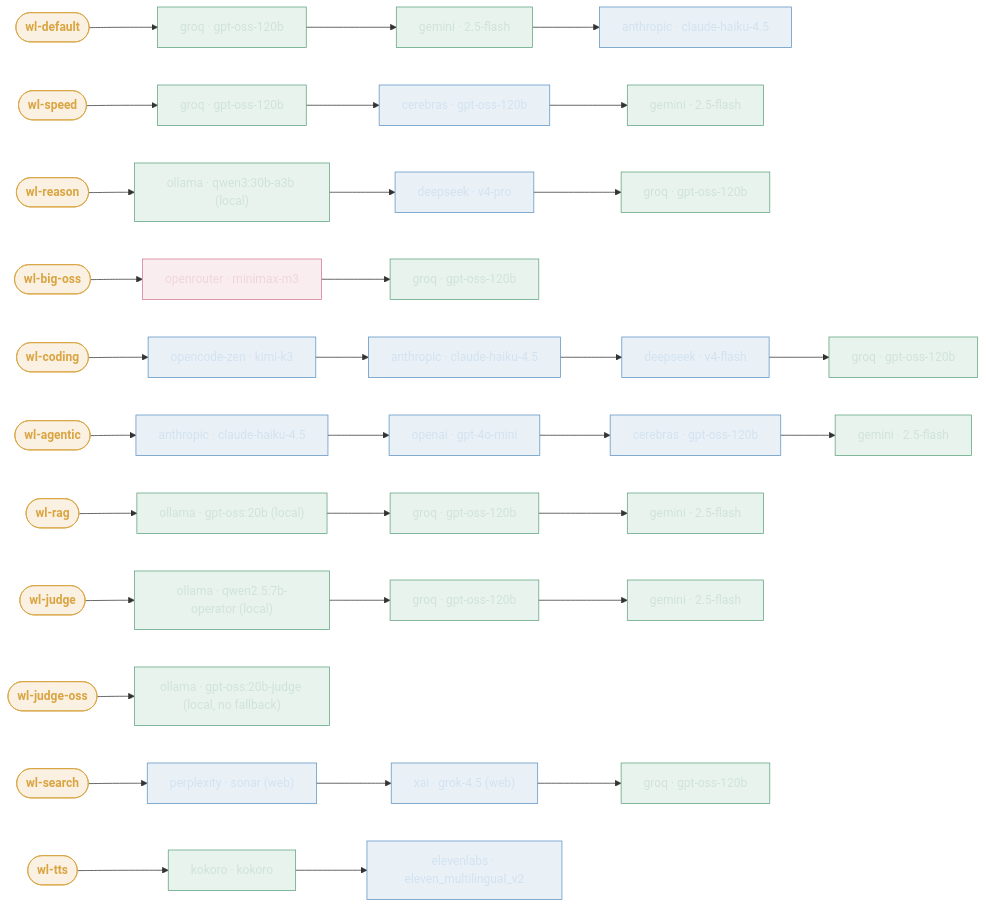
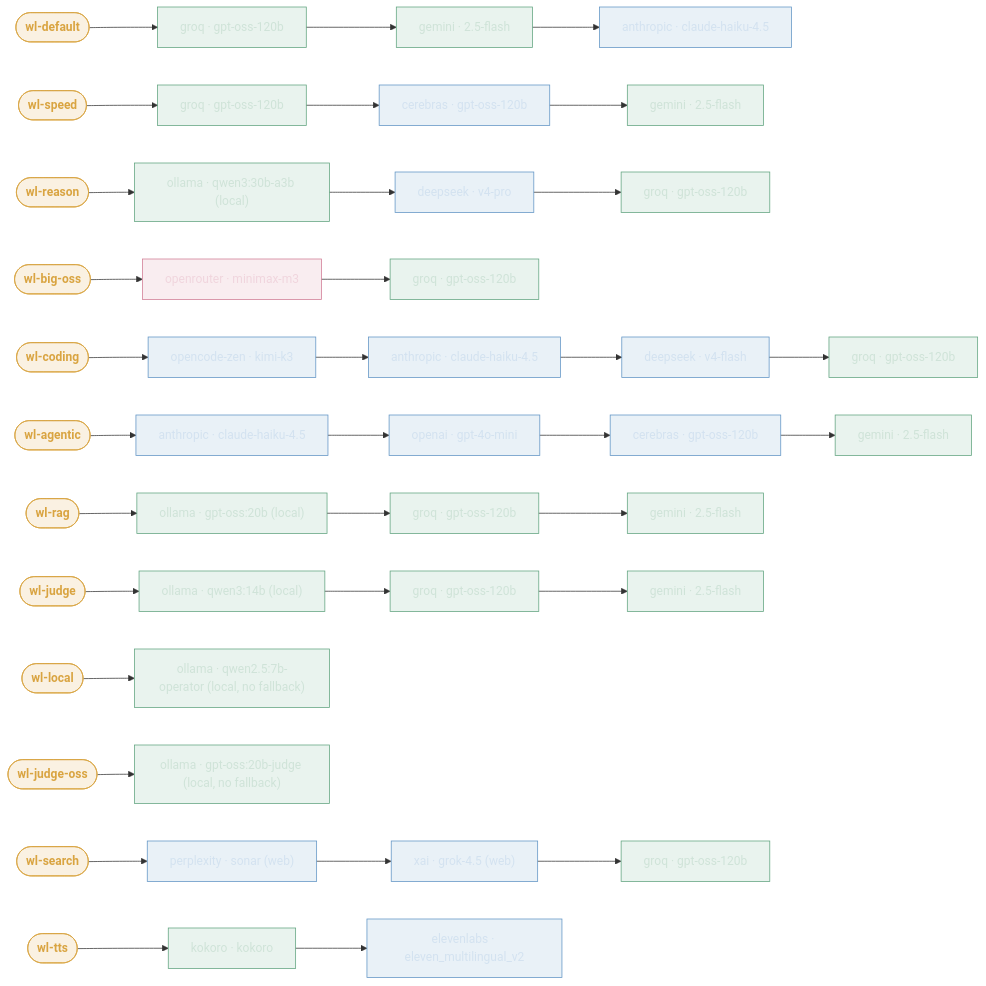
The diagram in docs/llm-routing.md (edtbl76/weyland-lab), drawn with Mermaid before and after one commit. The commit also changed 56 other files, not shown here.

Commit message:
Update Realm free-only model to `wl-local`. Pin library dependencies across services (`certifi` -> 2026.10.19, `pillow` -> 13.0.0). Add Kubescape exception handling and tests for C-0236 alert-only control.

````diff
--- a/docs/llm-routing.md
+++ b/docs/llm-routing.md
@@ -25,26 +25,27 @@
 ```mermaid
 flowchart LR
   classDef alias fill:#d9a44126,stroke:#d9a441,color:#d9a441,font-weight:bold;
   classDef free fill:#5fa37e22,stroke:#5fa37e,color:#cfe3d8;
   classDef funded fill:#5f93c422,stroke:#5f93c4,color:#d3e2f0;
   classDef metered fill:#cf7a9222,stroke:#cf7a92,color:#f0d5dd;
 
   %% Chat & reasoning
   wldef(["wl-default"]):::alias --> wldef1["groq · gpt-oss-120b"]:::free --> wldef2["gemini · 2.5-flash"]:::free --> wldef3["anthropic · claude-haiku-4.5"]:::funded
   wspd(["wl-speed"]):::alias --> wspd1["groq · gpt-oss-120b"]:::free --> wspd2["cerebras · gpt-oss-120b"]:::funded --> wspd3["gemini · 2.5-flash"]:::free
   wrsn(["wl-reason"]):::alias --> wrsn1["ollama · qwen3:30b-a3b (local)"]:::free --> wrsn2["deepseek · v4-pro"]:::funded --> wrsn3["groq · gpt-oss-120b"]:::free
   wbig(["wl-big-oss"]):::alias --> wbig1["openrouter · minimax-m3"]:::metered --> wbig2["groq · gpt-oss-120b"]:::free
 
   %% Code & agents
   wcod(["wl-coding"]):::alias --> wcod1["opencode-zen · kimi-k3"]:::funded --> wcod2["anthropic · claude-haiku-4.5"]:::funded --> wcod3["deepseek · v4-flash"]:::funded --> wcod4["groq · gpt-oss-120b"]:::free
   wagt(["wl-agentic"]):::alias --> wagt1["anthropic · claude-haiku-4.5"]:::funded --> wagt2["openai · gpt-4o-mini"]:::funded --> wagt3["cerebras · gpt-oss-120b"]:::funded --> wagt4["gemini · 2.5-flash"]:::free
 
   %% Retrieval, eval, search
   wrag(["wl-rag"]):::alias --> wrag1["ollama · gpt-oss:20b (local)"]:::free --> wrag2["groq · gpt-oss-120b"]:::free --> wrag3["gemini · 2.5-flash"]:::free
-  wjdg(["wl-judge"]):::alias --> wjdg1["ollama · qwen2.5:7b-operator (local)"]:::free --> wjdg2["groq · gpt-oss-120b"]:::free --> wjdg3["gemini · 2.5-flash"]:::free
+  wjdg(["wl-judge"]):::alias --> wjdg1["ollama · qwen3:14b (local)"]:::free --> wjdg2["groq · gpt-oss-120b"]:::free --> wjdg3["gemini · 2.5-flash"]:::free
+  wloc(["wl-local"]):::alias --> wloc1["ollama · qwen2.5:7b-operator (local, no fallback)"]:::free
   wjos(["wl-judge-oss"]):::alias --> wjos1["ollama · gpt-oss:20b-judge (local, no fallback)"]:::free
   wsch(["wl-search"]):::alias --> wsch1["perplexity · sonar (web)"]:::funded --> wsch2["xai · grok-4.5 (web)"]:::funded --> wsch3["groq · gpt-oss-120b"]:::free
 
   %% Media — text-to-speech (audio_speech endpoint, not chat)
   wtts(["wl-tts"]):::alias --> wtts1["kokoro · kokoro"]:::free --> wtts2["elevenlabs · eleven_multilingual_v2"]:::funded
 ```
````
